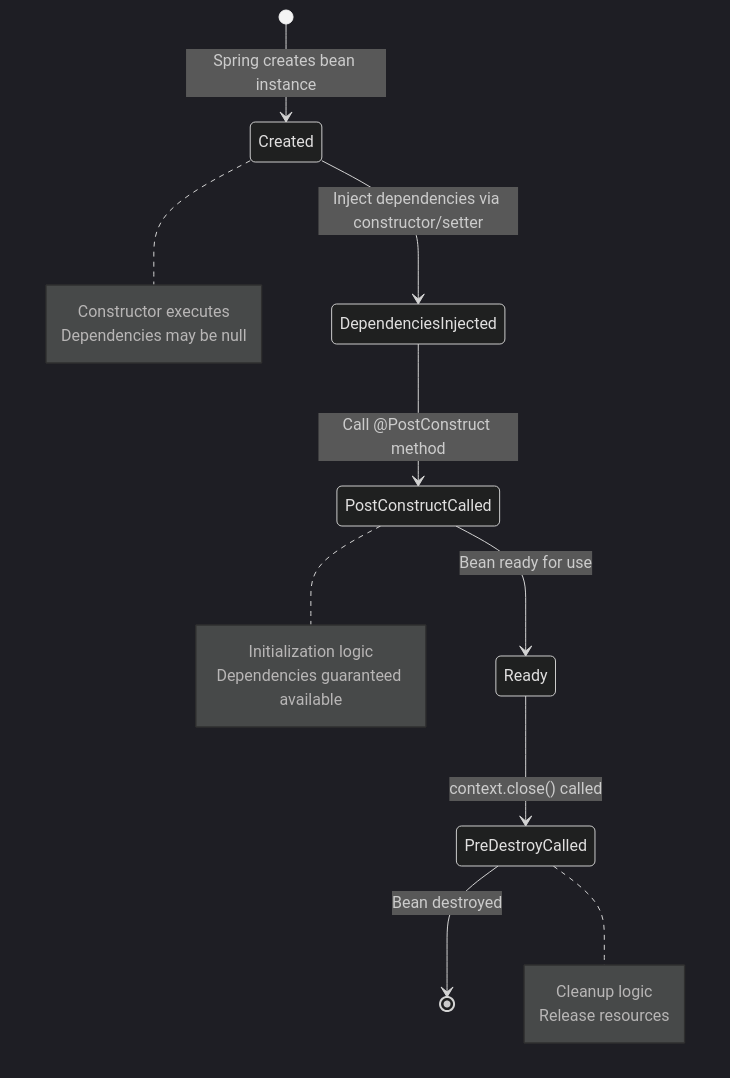
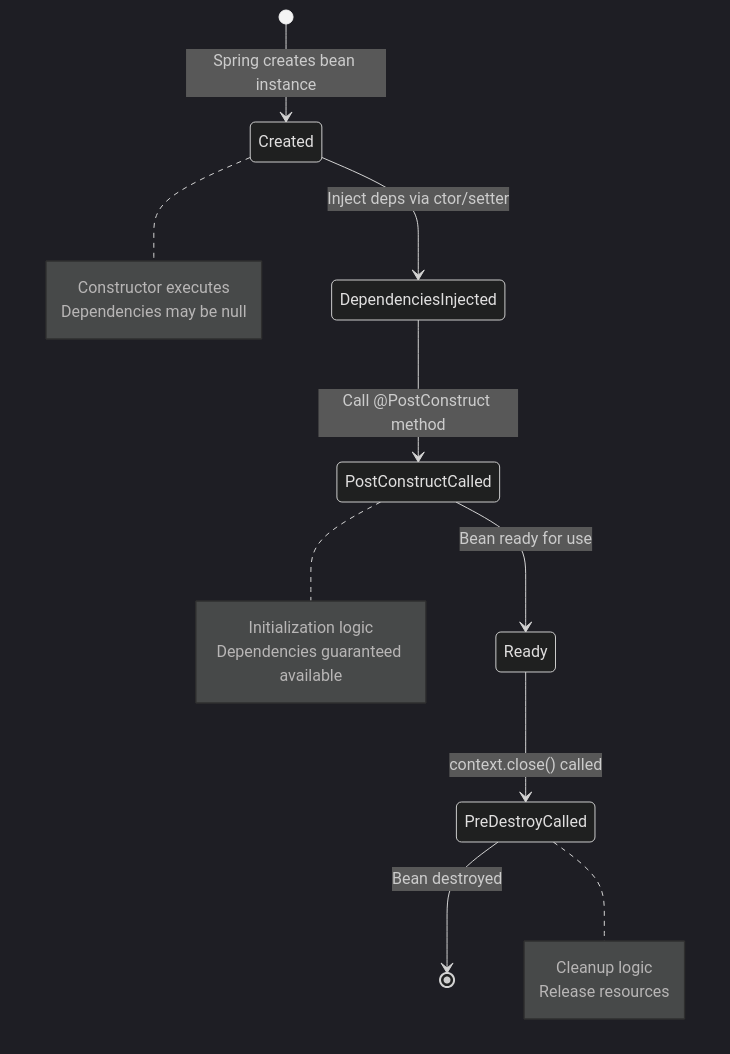
One commit to wahidyankf/baseerah changed the tenth of 11 diagrams in apps/ayokoding-www/content/en/learn/software-engineering/platforms/web/tools/jvm-spring/by-example/beginner.md. Above: the diagram before and after it, drawn with Mermaid (dark theme). The commit also changed other lines of this file and 88 other files, not shown here.

First line of the commit message:
fix(ayokoding-www): resolve pre-existing Mermaid violations, exclude fixtures/plans-done

````diff
--- a/apps/ayokoding-www/content/en/learn/software-engineering/platforms/web/tools/jvm-spring/by-example/beginner.md
+++ b/apps/ayokoding-www/content/en/learn/software-engineering/platforms/web/tools/jvm-spring/by-example/beginner.md
@@ -2164,24 +2168,24 @@
 ```mermaid
 stateDiagram-v2
     [*] --> Created: Spring creates bean instance
-    Created --> DependenciesInjected: Inject dependencies via constructor/setter
+    Created --> DependenciesInjected: Inject deps via ctor/setter
     DependenciesInjected --> PostConstructCalled: Call @PostConstruct method
     PostConstructCalled --> Ready: Bean ready for use
     Ready --> PreDestroyCalled: context.close() called
     PreDestroyCalled --> [*]: Bean destroyed
 
     note right of Created
         Constructor executes
         Dependencies may be null
     end note
 
     note right of PostConstructCalled
         Initialization logic
         Dependencies guaranteed available
     end note
 
     note right of PreDestroyCalled
         Cleanup logic
         Release resources
     end note
 ```
````
